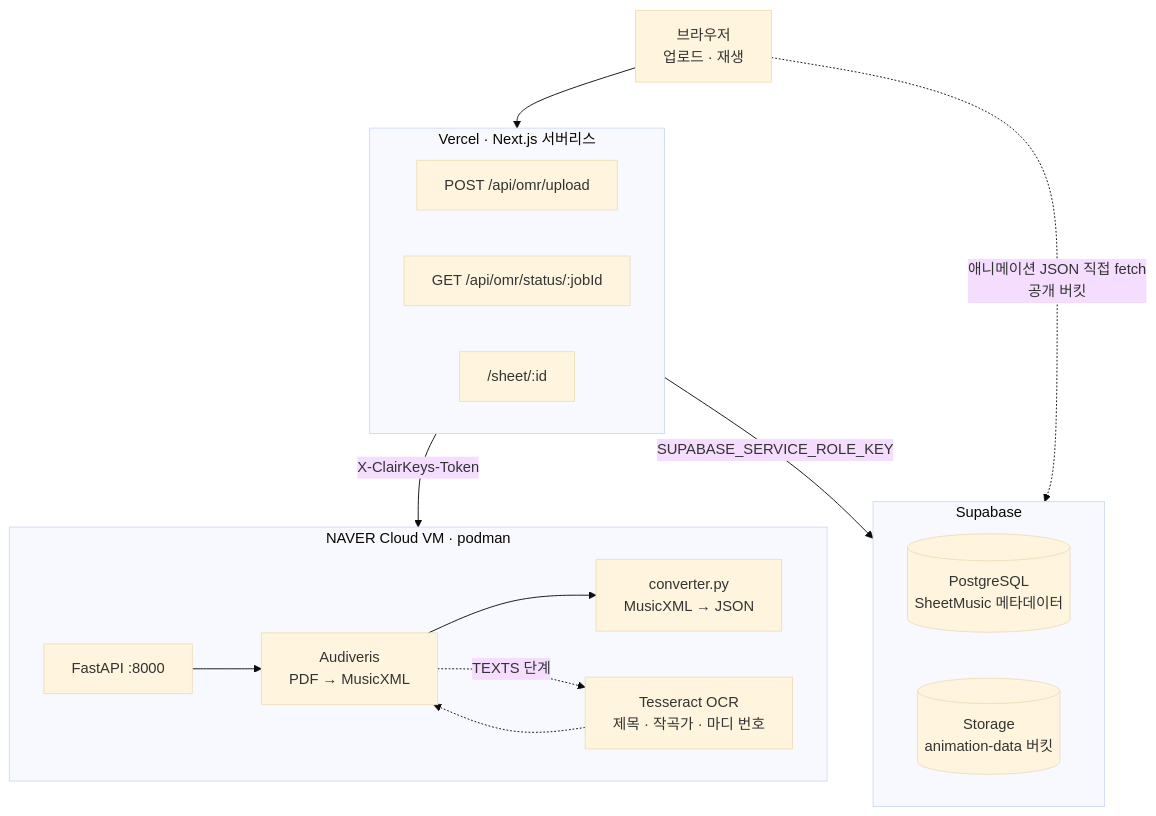
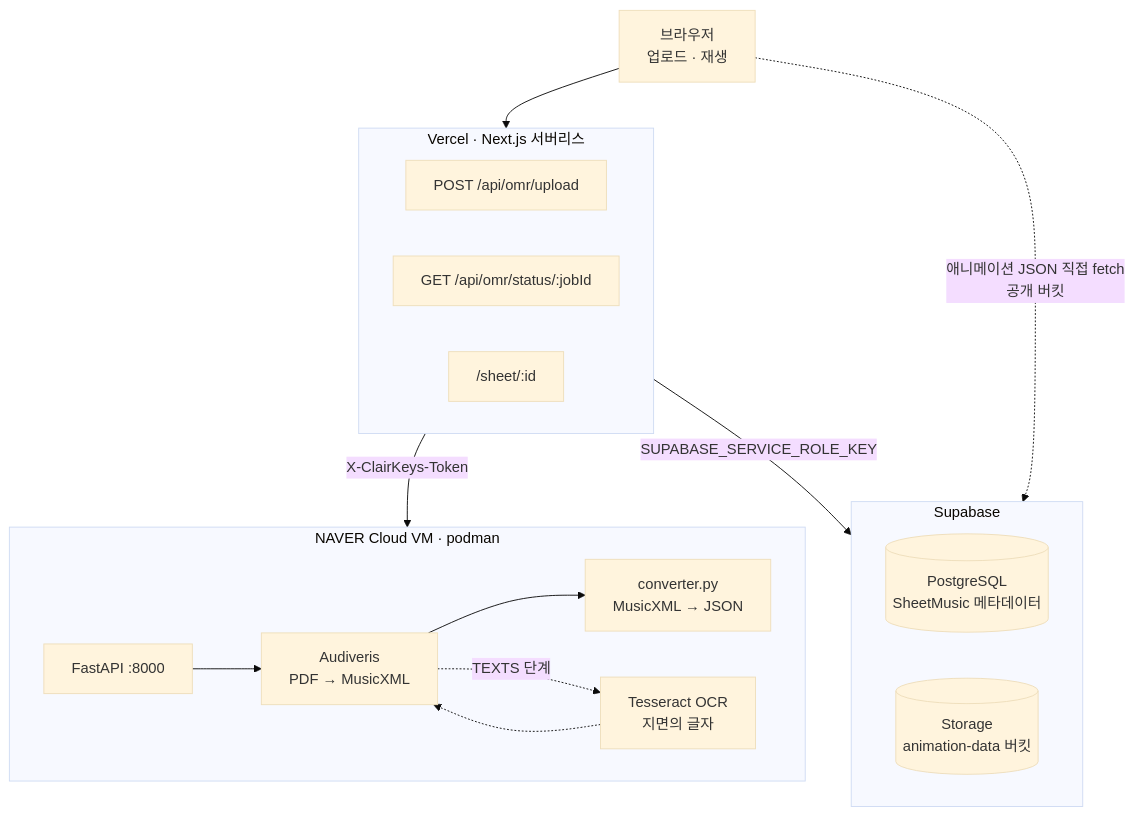
One commit to landfill/ClairKeys changed the first of 3 diagrams in README.md. Above: the diagram before and after it, drawn with Mermaid (base theme). The commit also changed other lines of this file, not shown here.

````diff
--- a/README.md
+++ b/README.md
@@ -76,29 +76,29 @@
 ```mermaid
 flowchart TB
   U["브라우저<br/>업로드 · 재생"]
 
   subgraph V["Vercel · Next.js 서버리스"]
     direction LR
     R1["POST /api/omr/upload"]
     R2["GET /api/omr/status/:jobId"]
     R3["/sheet/:id"]
   end
 
   subgraph M["NAVER Cloud VM · podman"]
     direction LR
     F["FastAPI :8000"] --> A["Audiveris<br/>PDF → MusicXML"] --> C["converter.py<br/>MusicXML → JSON"]
-    A -.->|"TEXTS 단계"| T["Tesseract OCR<br/>제목 · 작곡가 · 마디 번호"]
+    A -.->|"TEXTS 단계"| T["Tesseract OCR<br/>지면의 글자"]
     T -.-> A
   end
 
   subgraph S["Supabase"]
     direction LR
     DB[("PostgreSQL<br/>SheetMusic 메타데이터")]
     ST[("Storage<br/>animation-data 버킷")]
   end
 
   U --> V
   V -->|"X-ClairKeys-Token"| M
   V -->|"SUPABASE_SERVICE_ROLE_KEY"| S
   U -.->|"애니메이션 JSON 직접 fetch<br/>공개 버킷"| ST
 ```
````
